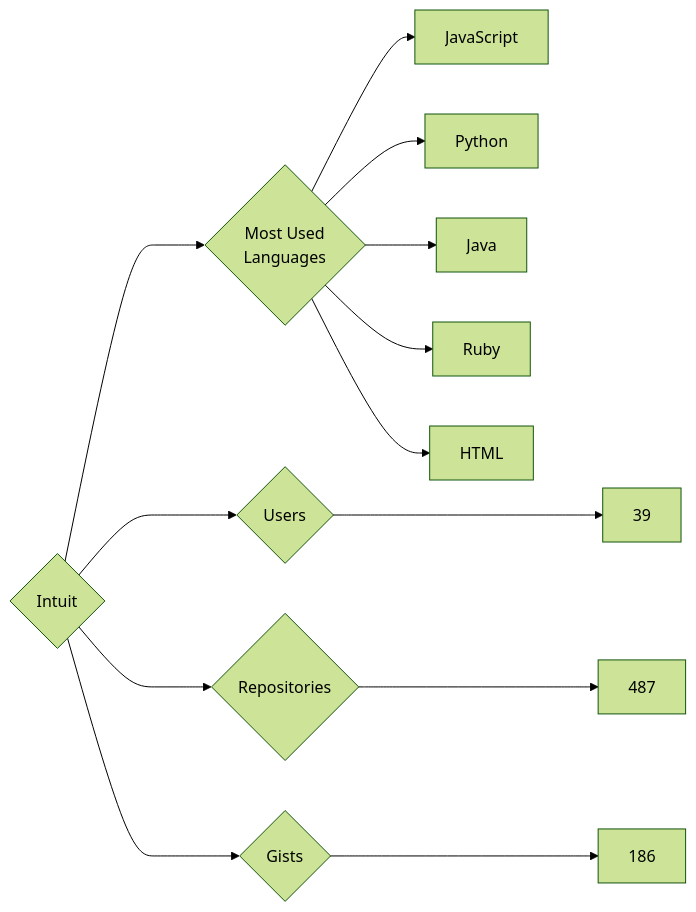
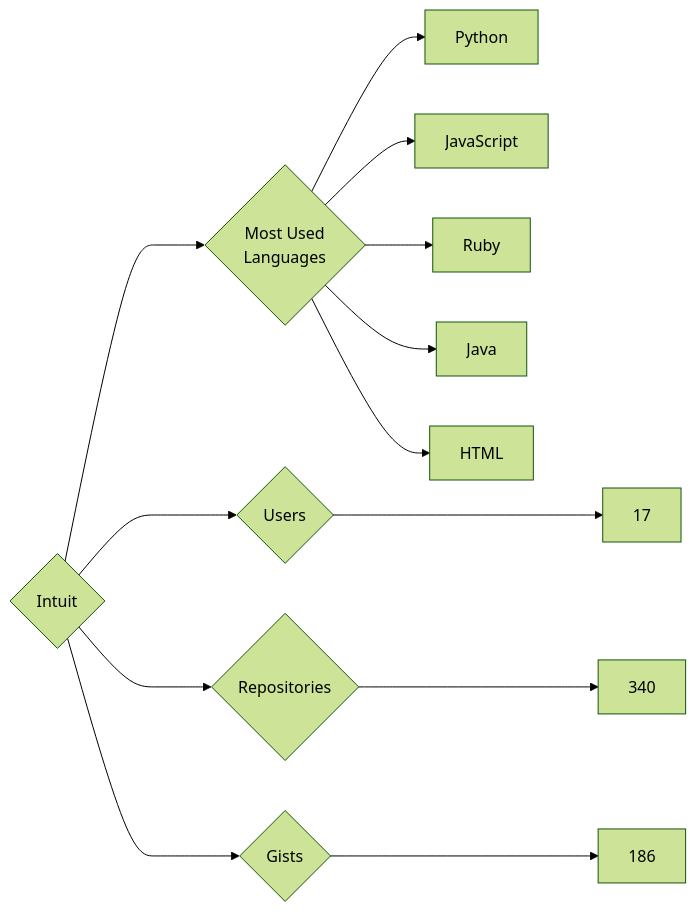
One commit to trickest/insiders changed the diagram in targets/Intuit/README.md. Above: the diagram before and after it, drawn with Mermaid (forest theme). The commit also changed 676 other files, not shown here.

````diff
--- a/targets/Intuit/README.md
+++ b/targets/Intuit/README.md
@@ -3,13 +3,13 @@
 ```mermaid
 graph LR
 COMPANY_NAME{Intuit}
-COMPANY_NAME ---> U{Users} ---> UN[39]
-COMPANY_NAME ---> R{Repositories} ---> RN[487]
+COMPANY_NAME ---> U{Users} ---> UN[17]
+COMPANY_NAME ---> R{Repositories} ---> RN[340]
 COMPANY_NAME ---> G{Gists} ---> GN[186]
 COMPANY_NAME ---> ML{Most Used<br>Languages}
+ML --> Python[Python]
 ML --> JavaScript[JavaScript]
-ML --> Python[Python]
+ML --> Ruby[Ruby]
 ML --> Java[Java]
-ML --> Ruby[Ruby]
 ML --> HTML[HTML]
 ```
````
